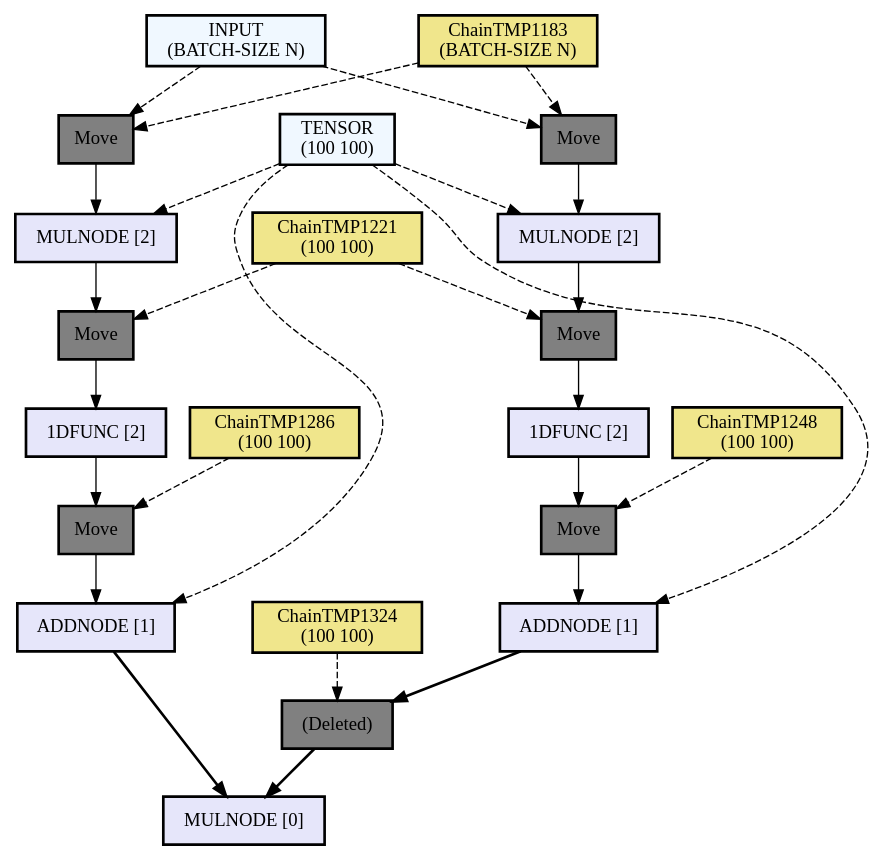
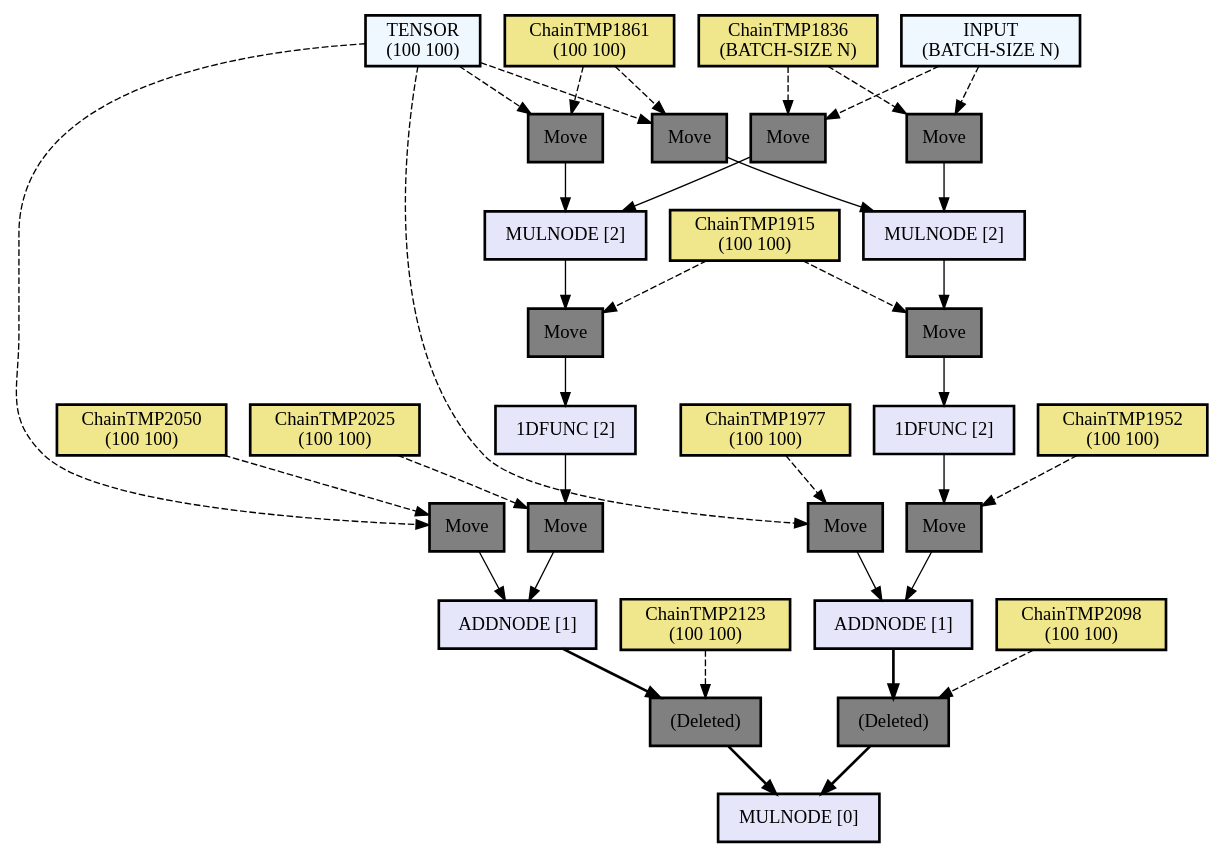
The diagram in assets/out2.dot (hikettei/cl-waffe2), drawn with Graphviz before and after one commit. The commit also changed 6 other files, not shown here.

```diff
--- a/assets/out2.dot
+++ b/assets/out2.dot
@@ -1,69 +1,94 @@
 digraph computation_node {
   node[shape="box" style="filled" color="black" penwidth="2"];
   TENSOR [label = "TENSOR
 (100 100)" fillcolor="#f0f8ff" style="filled, solid"];
+  ChainTMP2050 [label = "ChainTMP2050
+(100 100)" fillcolor="#f0e68c" style="filled, solid"];
+  NODE2340 [label = "Move" fillcolor="gray" style="filled, solid"];
   TENSOR [label = "TENSOR
 (100 100)" fillcolor="#f0f8ff" style="filled, solid"];
+  ChainTMP1861 [label = "ChainTMP1861
+(100 100)" fillcolor="#f0e68c" style="filled, solid"];
+  NODE2337 [label = "Move" fillcolor="gray" style="filled, solid"];
   INPUT [label = "INPUT
 (BATCH-SIZE N)" fillcolor="#f0f8ff" style="filled, solid"];
-  ChainTMP1183 [label = "ChainTMP1183
+  ChainTMP1836 [label = "ChainTMP1836
 (BATCH-SIZE N)" fillcolor="#f0e68c" style="filled, solid"];
-  NODE1393 [label = "Move" fillcolor="gray" style="filled, solid"];
-  NODE1392 [label = "MULNODE [2]" fillcolor="#e6e6fa" style="filled, solid"];
-  ChainTMP1221 [label = "ChainTMP1221
+  NODE2334 [label = "Move" fillcolor="gray" style="filled, solid"];
+  NODE2333 [label = "MULNODE [2]" fillcolor="#e6e6fa" style="filled, solid"];
+  ChainTMP1915 [label = "ChainTMP1915
 (100 100)" fillcolor="#f0e68c" style="filled, solid"];
-  NODE1390 [label = "Move" fillcolor="gray" style="filled, solid"];
-  NODE1389 [label = "1DFUNC [2]" fillcolor="#e6e6fa" style="filled, solid"];
-  ChainTMP1286 [label = "ChainTMP1286
+  NODE2331 [label = "Move" fillcolor="gray" style="filled, solid"];
+  NODE2330 [label = "1DFUNC [2]" fillcolor="#e6e6fa" style="filled, solid"];
+  ChainTMP2025 [label = "ChainTMP2025
 (100 100)" fillcolor="#f0e68c" style="filled, solid"];
-  NODE1387 [label = "Move" fillcolor="gray" style="filled, solid"];
-  NODE1386 [label = "ADDNODE [1]" fillcolor="#e6e6fa" style="filled, solid"];
+  NODE2328 [label = "Move" fillcolor="gray" style="filled, solid"];
+  NODE2327 [label = "ADDNODE [1]" fillcolor="#e6e6fa" style="filled, solid"];
+  ChainTMP2123 [label = "ChainTMP2123
+(100 100)" fillcolor="#f0e68c" style="filled, solid"];
+  NODE2325 [label = "(Deleted)" fillcolor="gray" style="filled, solid"];
   TENSOR [label = "TENSOR
 (100 100)" fillcolor="#f0f8ff" style="filled, solid"];
+  ChainTMP1977 [label = "ChainTMP1977
+(100 100)" fillcolor="#f0e68c" style="filled, solid"];
+  NODE2322 [label = "Move" fillcolor="gray" style="filled, solid"];
   TENSOR [label = "TENSOR
 (100 100)" fillcolor="#f0f8ff" style="filled, solid"];
+  ChainTMP1861 [label = "ChainTMP1861
+(100 100)" fillcolor="#f0e68c" style="filled, solid"];
+  NODE2319 [label = "Move" fillcolor="gray" style="filled, solid"];
   INPUT [label = "INPUT
 (BATCH-SIZE N)" fillcolor="#f0f8ff" style="filled, solid"];
-  ChainTMP1183 [label = "ChainTMP1183
+  ChainTMP1836 [label = "ChainTMP1836
 (BATCH-SIZE N)" fillcolor="#f0e68c" style="filled, solid"];
-  NODE1381 [label = "Move" fillcolor="gray" style="filled, solid"];
-  NODE1380 [label = "MULNODE [2]" fillcolor="#e6e6fa" style="filled, solid"];
-  ChainTMP1221 [label = "ChainTMP1221
+  NODE2316 [label = "Move" fillcolor="gray" style="filled, solid"];
+  NODE2315 [label = "MULNODE [2]" fillcolor="#e6e6fa" style="filled, solid"];
+  ChainTMP1915 [label = "ChainTMP1915
 (100 100)" fillcolor="#f0e68c" style="filled, solid"];
-  NODE1378 [label = "Move" fillcolor="gray" style="filled, solid"];
-  NODE1377 [label = "1DFUNC [2]" fillcolor="#e6e6fa" style="filled, solid"];
-  ChainTMP1248 [label = "ChainTMP1248
+  NODE2313 [label = "Move" fillcolor="gray" style="filled, solid"];
+  NODE2312 [label = "1DFUNC [2]" fillcolor="#e6e6fa" style="filled, solid"];
+  ChainTMP1952 [label = "ChainTMP1952
 (100 100)" fillcolor="#f0e68c" style="filled, solid"];
-  NODE1375 [label = "Move" fillcolor="gray" style="filled, solid"];
-  NODE1374 [label = "ADDNODE [1]" fillcolor="#e6e6fa" style="filled, solid"];
-  ChainTMP1324 [label = "ChainTMP1324
+  NODE2310 [label = "Move" fillcolor="gray" style="filled, solid"];
+  NODE2309 [label = "ADDNODE [1]" fillcolor="#e6e6fa" style="filled, solid"];
+  ChainTMP2098 [label = "ChainTMP2098
 (100 100)" fillcolor="#f0e68c" style="filled, solid"];
-  NODE1372 [label = "(Deleted)" fillcolor="gray" style="filled, solid"];
-  NODE1371 [label = "MULNODE [0]" fillcolor="#e6e6fa" style="filled, solid"];
-  NODE1372 -> NODE1371[penwidth="2"];
-  ChainTMP1324 -> NODE1372[style="dashed"];
-  NODE1374 -> NODE1372[penwidth="2"];
-  NODE1375 -> NODE1374[weight=10];
-  ChainTMP1248 -> NODE1375[style="dashed"];
-  NODE1377 -> NODE1375[weight=10];
-  NODE1378 -> NODE1377[weight=10];
-  ChainTMP1221 -> NODE1378[style="dashed"];
-  NODE1380 -> NODE1378[weight=10];
-  NODE1381 -> NODE1380[weight=10];
-  ChainTMP1183 -> NODE1381[style="dashed"];
-  INPUT -> NODE1381[style="dashed"];
-  TENSOR -> NODE1380[style="dashed"];
-  TENSOR -> NODE1374[style="dashed"];
-  NODE1386 -> NODE1371[penwidth="2"];
-  NODE1387 -> NODE1386[weight=10];
-  ChainTMP1286 -> NODE1387[style="dashed"];
-  NODE1389 -> NODE1387[weight=10];
-  NODE1390 -> NODE1389[weight=10];
-  ChainTMP1221 -> NODE1390[style="dashed"];
-  NODE1392 -> NODE1390[weight=10];
-  NODE1393 -> NODE1392[weight=10];
-  ChainTMP1183 -> NODE1393[style="dashed"];
-  INPUT -> NODE1393[style="dashed"];
-  TENSOR -> NODE1392[style="dashed"];
-  TENSOR -> NODE1386[style="dashed"];
+  NODE2307 [label = "(Deleted)" fillcolor="gray" style="filled, solid"];
+  NODE2306 [label = "MULNODE [0]" fillcolor="#e6e6fa" style="filled, solid"];
+  NODE2307 -> NODE2306[penwidth="2"];
+  ChainTMP2098 -> NODE2307[style="dashed"];
+  NODE2309 -> NODE2307[penwidth="2"];
+  NODE2310 -> NODE2309[weight=10];
+  ChainTMP1952 -> NODE2310[style="dashed"];
+  NODE2312 -> NODE2310[weight=10];
+  NODE2313 -> NODE2312[weight=10];
+  ChainTMP1915 -> NODE2313[style="dashed"];
+  NODE2315 -> NODE2313[weight=10];
+  NODE2316 -> NODE2315[weight=10];
+  ChainTMP1836 -> NODE2316[style="dashed"];
+  INPUT -> NODE2316[style="dashed"];
+  NODE2319 -> NODE2315[weight=10];
+  ChainTMP1861 -> NODE2319[style="dashed"];
+  TENSOR -> NODE2319[style="dashed"];
+  NODE2322 -> NODE2309[weight=10];
+  ChainTMP1977 -> NODE2322[style="dashed"];
+  TENSOR -> NODE2322[style="dashed"];
+  NODE2325 -> NODE2306[penwidth="2"];
+  ChainTMP2123 -> NODE2325[style="dashed"];
+  NODE2327 -> NODE2325[penwidth="2"];
+  NODE2328 -> NODE2327[weight=10];
+  ChainTMP2025 -> NODE2328[style="dashed"];
+  NODE2330 -> NODE2328[weight=10];
+  NODE2331 -> NODE2330[weight=10];
+  ChainTMP1915 -> NODE2331[style="dashed"];
+  NODE2333 -> NODE2331[weight=10];
+  NODE2334 -> NODE2333[weight=10];
+  ChainTMP1836 -> NODE2334[style="dashed"];
+  INPUT -> NODE2334[style="dashed"];
+  NODE2337 -> NODE2333[weight=10];
+  ChainTMP1861 -> NODE2337[style="dashed"];
+  TENSOR -> NODE2337[style="dashed"];
+  NODE2340 -> NODE2327[weight=10];
+  ChainTMP2050 -> NODE2340[style="dashed"];
+  TENSOR -> NODE2340[style="dashed"];
 }
```
